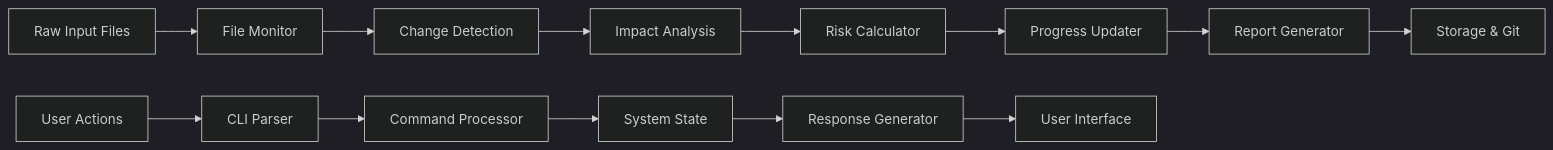
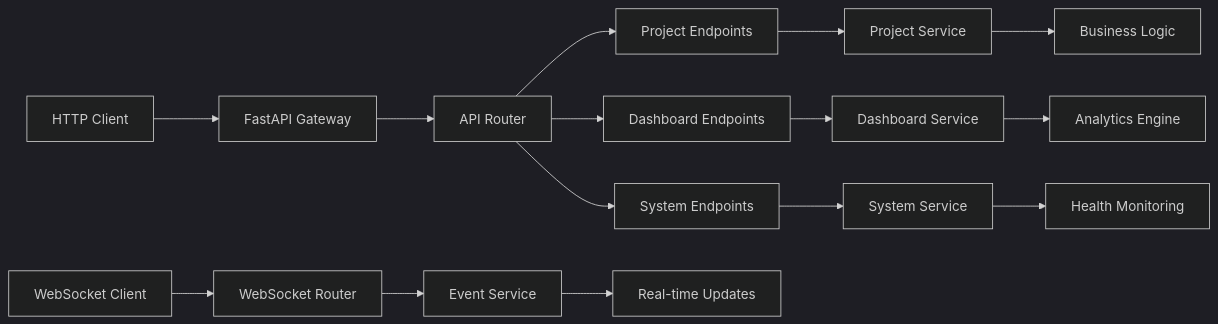
The second of 3 diagrams in README.md (Shakour-Data/AutoProjectManagement), drawn with Mermaid (dark theme) before and after one commit. The commit also changed other lines of this file and 13 other files, not shown here.

````diff
--- a/README.md
+++ b/README.md
@@ -80,16 +83,20 @@
 ```mermaid
 graph LR
-    A[Raw Input Files] --> B[File Monitor]
-    B --> C[Change Detection]
-    C --> D[Impact Analysis]
-    D --> E[Risk Calculator]
-    E --> F[Progress Updater]
-    F --> G[Report Generator]
-    G --> H[Storage & Git]
+    A[HTTP Client] --> B[FastAPI Gateway]
+    B --> C[API Router]
+    C --> D[Project Endpoints]
+    C --> E[Dashboard Endpoints]
+    C --> F[System Endpoints]
     
-    I[User Actions] --> J[CLI Parser]
-    J --> K[Command Processor]
-    K --> L[System State]
-    L --> M[Response Generator]
-    M --> N[User Interface]
+    G[WebSocket Client] --> H[WebSocket Router]
+    H --> I[Event Service]
+    I --> J[Real-time Updates]
+    
+    D --> K[Project Service]
+    E --> L[Dashboard Service]
+    F --> M[System Service]
+    
+    K --> N[Business Logic]
+    L --> O[Analytics Engine]
+    M --> P[Health Monitoring]
 ```
````
